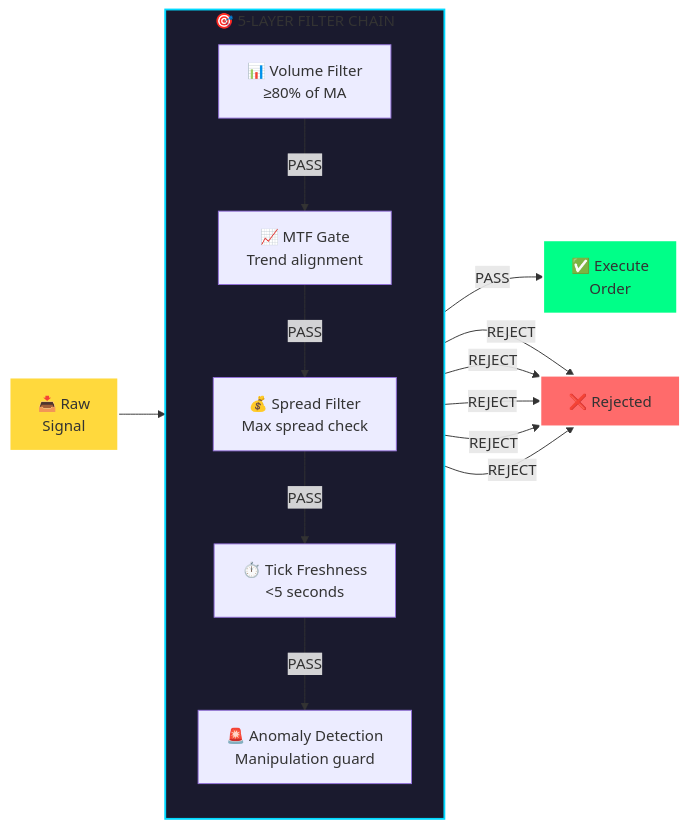
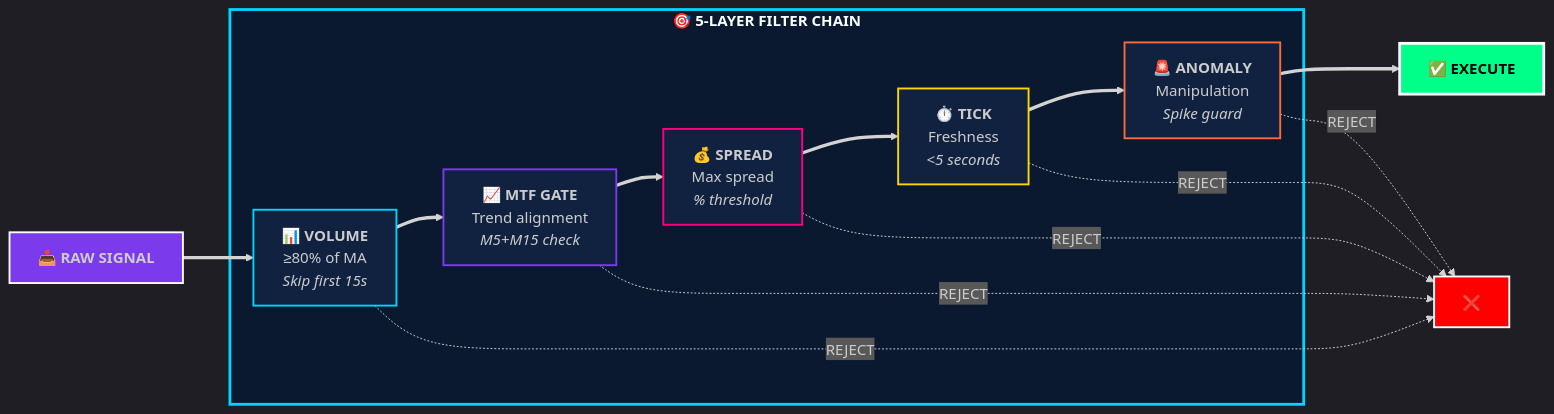
The fifth of 5 diagrams in README.md (Kabir0067/Exness), drawn with Mermaid before and after one commit. The commit also changed other lines of this file, not shown here.

Commit message:
33 - Ultra Premium README with animated headers, Mermaid diagrams, vibrant colors

````diff
--- a/README.md
+++ b/README.md
@@ -284,29 +450,32 @@
 ```mermaid
+%%{init: {'theme': 'dark'}}%%
+
 flowchart LR
-    subgraph FILTERS["🎯 5-LAYER FILTER CHAIN"]
-        direction TB
-        F1["📊 Volume Filter<br/>≥80% of MA"]
-        F2["📈 MTF Gate<br/>Trend alignment"]
-        F3["💰 Spread Filter<br/>Max spread check"]
-        F4["⏱️ Tick Freshness<br/><5 seconds"]
-        F5["🚨 Anomaly Detection<br/>Manipulation guard"]
+    SIG["📥 <b>RAW SIGNAL</b>"]
+    
+    subgraph CHAIN["<b>🎯 5-LAYER FILTER CHAIN</b>"]
+        F1["📊 <b>VOLUME</b><br/>≥80% of MA<br/><i>Skip first 15s</i>"]
+        F2["📈 <b>MTF GATE</b><br/>Trend alignment<br/><i>M5+M15 check</i>"]
+        F3["💰 <b>SPREAD</b><br/>Max spread<br/><i>% threshold</i>"]
+        F4["⏱️ <b>TICK</b><br/>Freshness<br/><i><5 seconds</i>"]
+        F5["🚨 <b>ANOMALY</b><br/>Manipulation<br/><i>Spike guard</i>"]
     end
 
-    SIG["📥 Raw<br/>Signal"] --> F1
-    F1 --> |PASS| F2
-    F2 --> |PASS| F3
-    F3 --> |PASS| F4
-    F4 --> |PASS| F5
-    F5 --> |PASS| EXE["✅ Execute<br/>Order"]
+    SIG ==> F1 ==> F2 ==> F3 ==> F4 ==> F5 ==> EXE["✅ <b>EXECUTE</b>"]
 
-    F1 --> |REJECT| REJ["❌ Rejected"]
-    F2 --> |REJECT| REJ
-    F3 --> |REJECT| REJ
-    F4 --> |REJECT| REJ
-    F5 --> |REJECT| REJ
+    F1 -.-> |REJECT| REJ["❌"]
+    F2 -.-> |REJECT| REJ
+    F3 -.-> |REJECT| REJ
+    F4 -.-> |REJECT| REJ
+    F5 -.-> |REJECT| REJ
 
-    style FILTERS fill:#1a1a2e,stroke:#00d9ff,stroke-width:2px
-    style SIG fill:#ffd93d,stroke:#fff,stroke-width:2px
-    style EXE fill:#00ff88,stroke:#fff,stroke-width:2px
-    style REJ fill:#ff6b6b,stroke:#fff,stroke-width:2px
+    style SIG fill:#7c3aed,stroke:#fff,stroke-width:2px
+    style CHAIN fill:#0a192f,stroke:#00d4ff,stroke-width:3px
+    style F1 fill:#112240,stroke:#00d4ff,stroke-width:2px
+    style F2 fill:#112240,stroke:#7c3aed,stroke-width:2px
+    style F3 fill:#112240,stroke:#ff0080,stroke-width:2px
+    style F4 fill:#112240,stroke:#ffd700,stroke-width:2px
+    style F5 fill:#112240,stroke:#ff6b35,stroke-width:2px
+    style EXE fill:#00ff88,stroke:#fff,stroke-width:3px,color:#000
+    style REJ fill:#ff0000,stroke:#fff,stroke-width:2px
 ```
````
